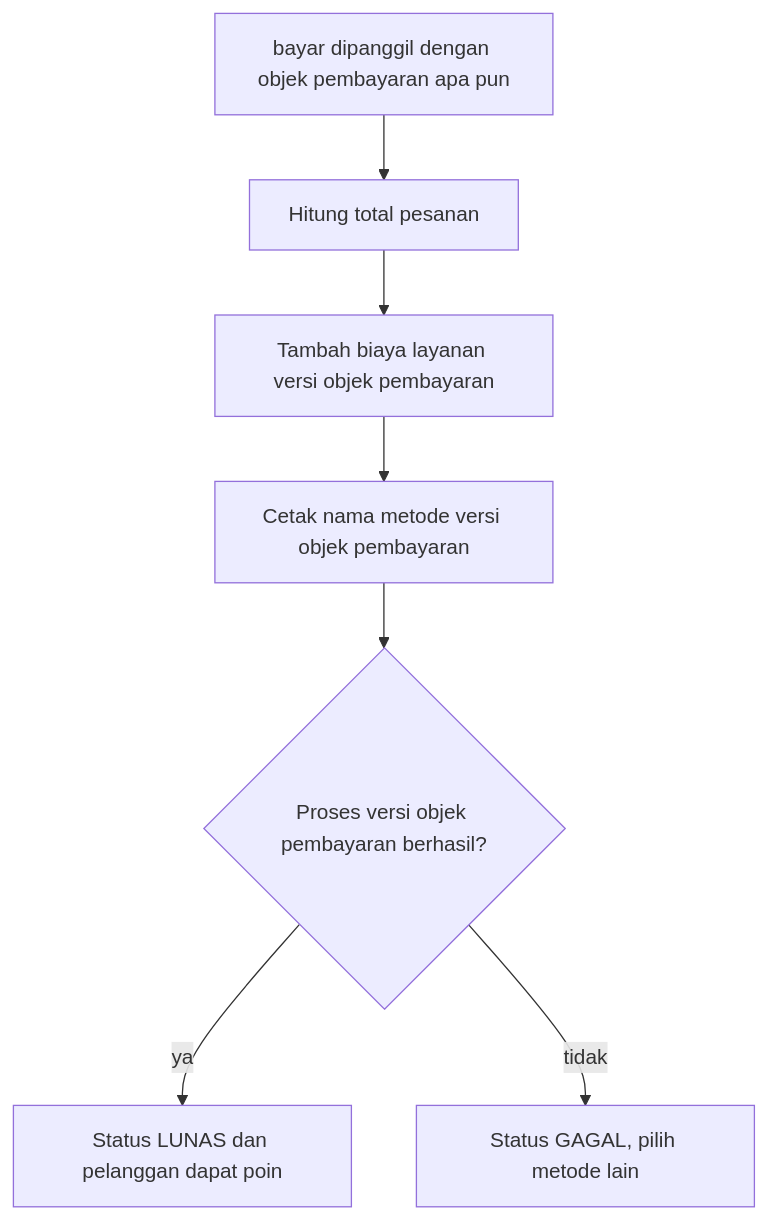
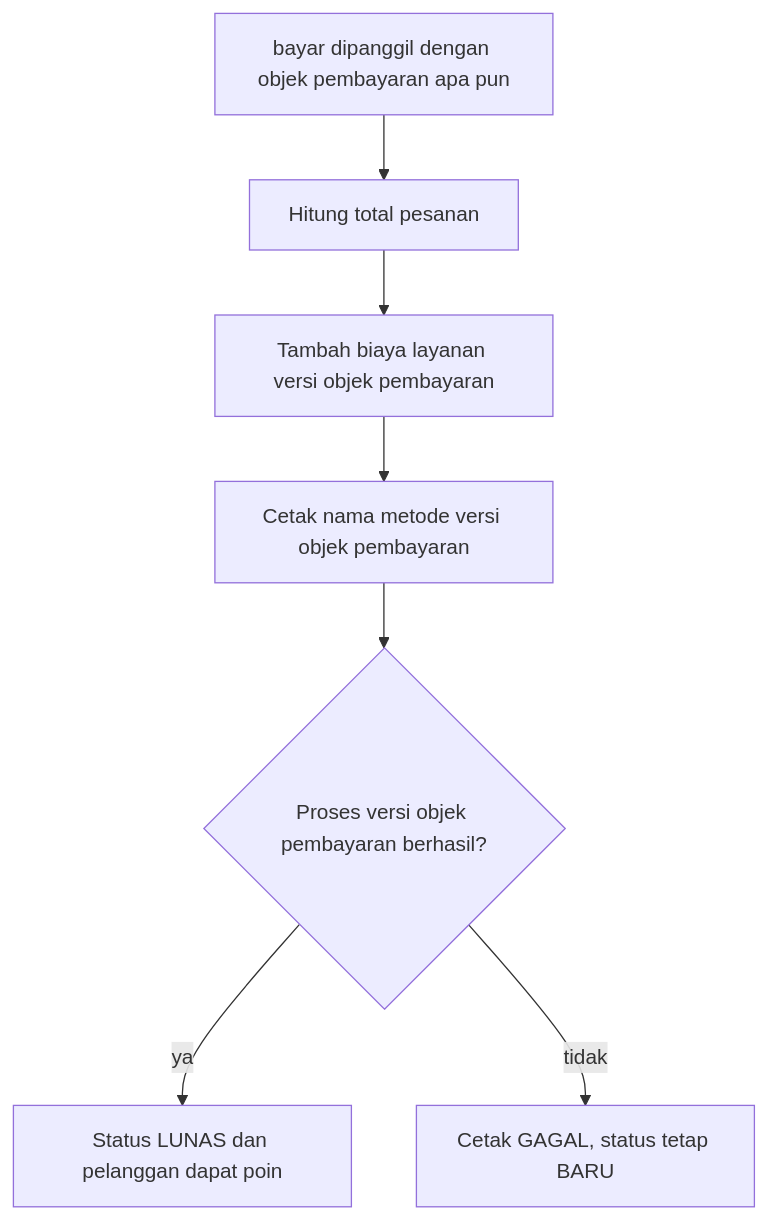
One commit to antonprafanto/PBO2026 changed the eighth of 8 diagrams in Pertemuan-09-Polimorfisme/README.md. Above: the diagram before and after it, drawn with Mermaid. The commit also changed other lines of this file and 291 other files, not shown here.

````diff
--- a/Pertemuan-09-Polimorfisme/README.md
+++ b/Pertemuan-09-Polimorfisme/README.md
@@ -479,9 +493,9 @@
 ```mermaid
 flowchart TD
     A["bayar dipanggil dengan objek pembayaran apa pun"] --> B["Hitung total pesanan"]
     B --> C["Tambah biaya layanan versi objek pembayaran"]
     C --> D["Cetak nama metode versi objek pembayaran"]
     D --> E{"Proses versi objek pembayaran berhasil?"}
     E -->|ya| F["Status LUNAS dan pelanggan dapat poin"]
-    E -->|tidak| G["Status GAGAL, pilih metode lain"]
+    E -->|tidak| G["Cetak GAGAL, status tetap BARU"]
 ```
````
